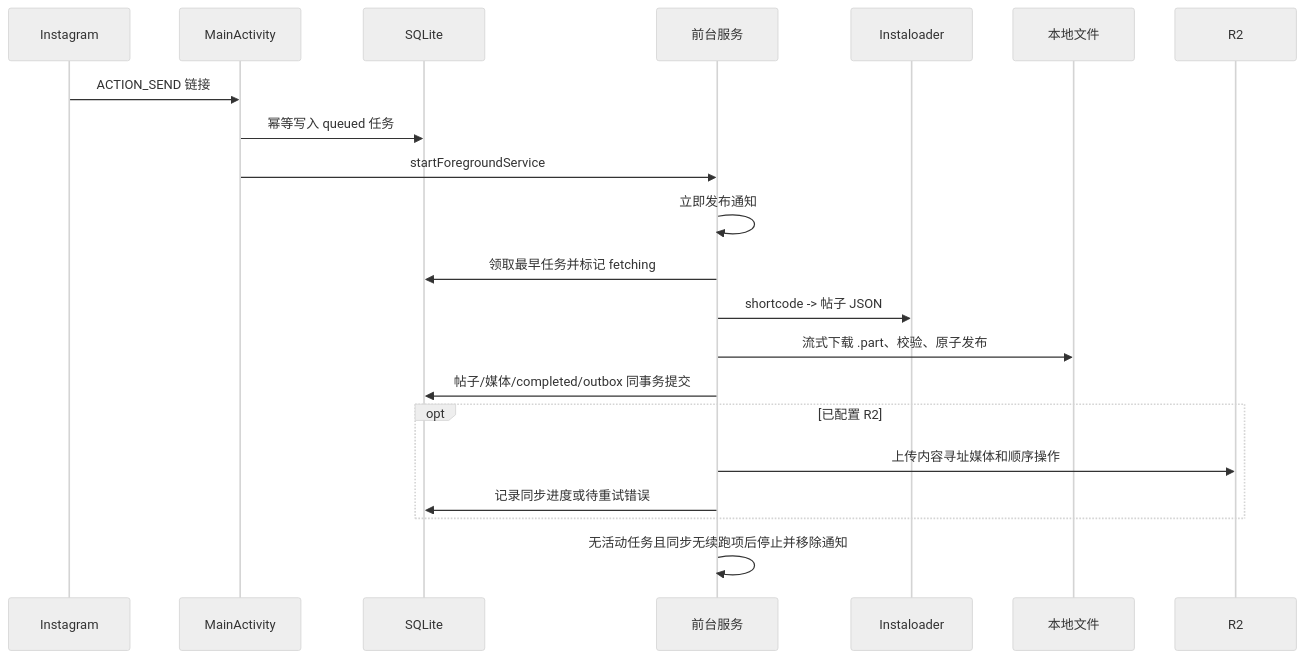
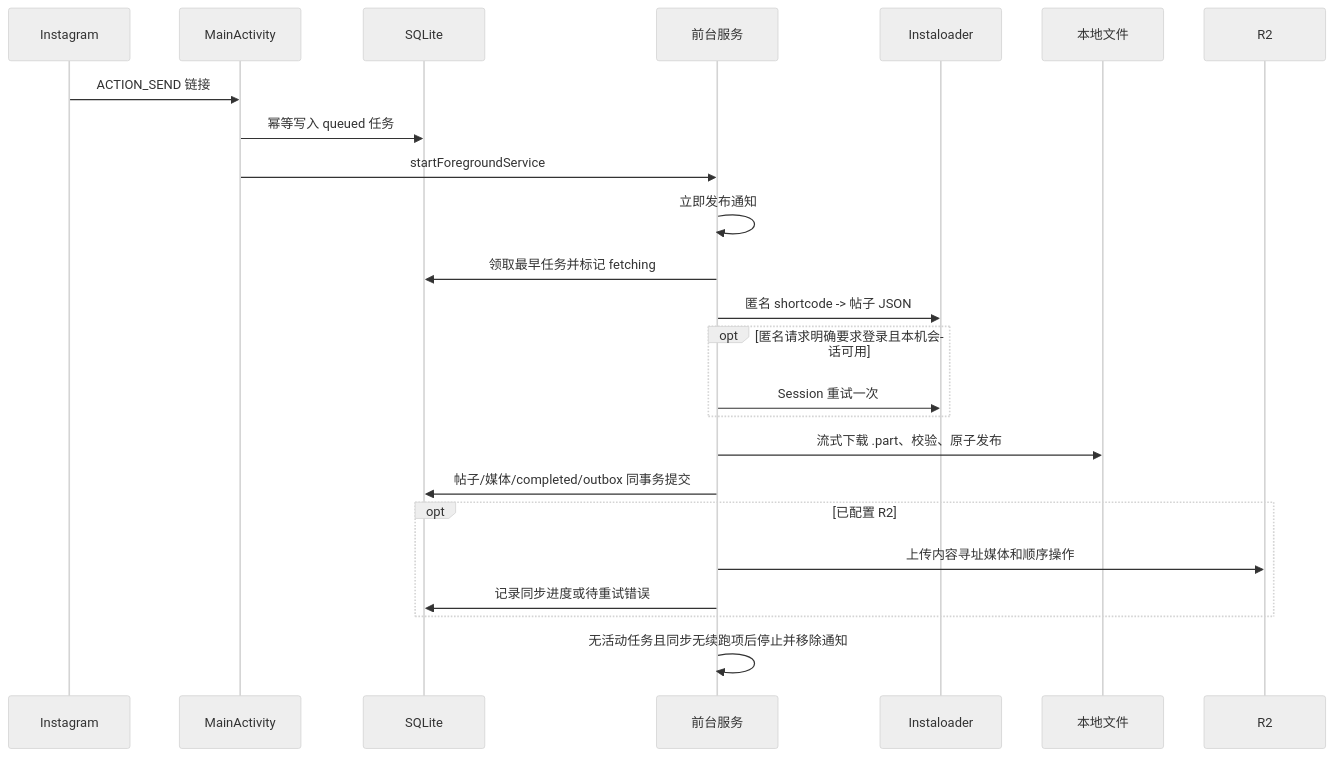
Before and after one commit to arsenalxj/PhotoBook: the second of 2 diagrams in docs/architecture-plan.md, drawn with Mermaid (neutral theme). The commit also changed other lines of this file and 31 other files, not shown here.

````diff
--- a/docs/architecture-plan.md
+++ b/docs/architecture-plan.md
@@ -52,24 +53,27 @@
 ```mermaid
 sequenceDiagram
     participant I as Instagram
     participant A as MainActivity
     participant D as SQLite
     participant S as 前台服务
     participant P as Instaloader
     participant F as 本地文件
     participant R as R2
 
     I->>A: ACTION_SEND 链接
     A->>D: 幂等写入 queued 任务
     A->>S: startForegroundService
     S->>S: 立即发布通知
     S->>D: 领取最早任务并标记 fetching
-    S->>P: shortcode -> 帖子 JSON
+    S->>P: 匿名 shortcode -> 帖子 JSON
+    opt 匿名请求明确要求登录且本机会话可用
+        S->>P: Session 重试一次
+    end
     S->>F: 流式下载 .part、校验、原子发布
     S->>D: 帖子/媒体/completed/outbox 同事务提交
     opt 已配置 R2
         S->>R: 上传内容寻址媒体和顺序操作
         S->>D: 记录同步进度或待重试错误
     end
     S->>S: 无活动任务且同步无续跑项后停止并移除通知
 ```
````
